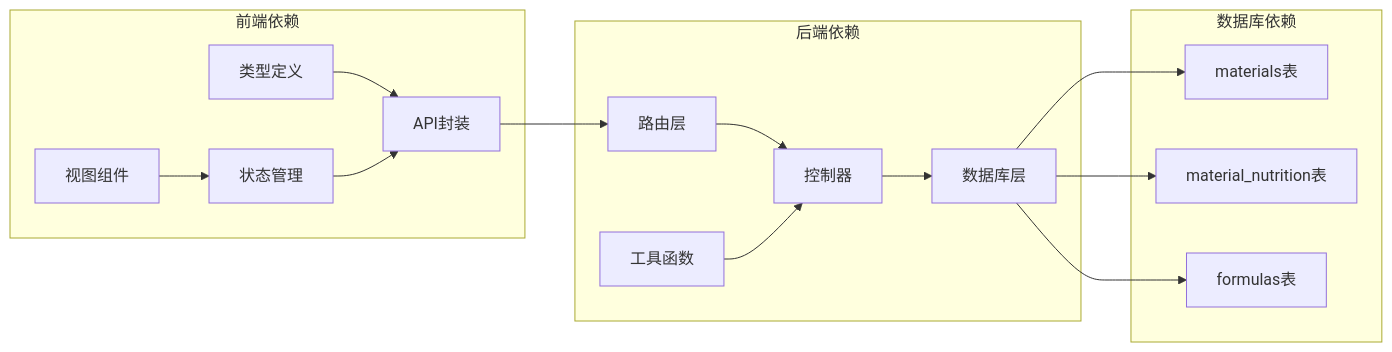
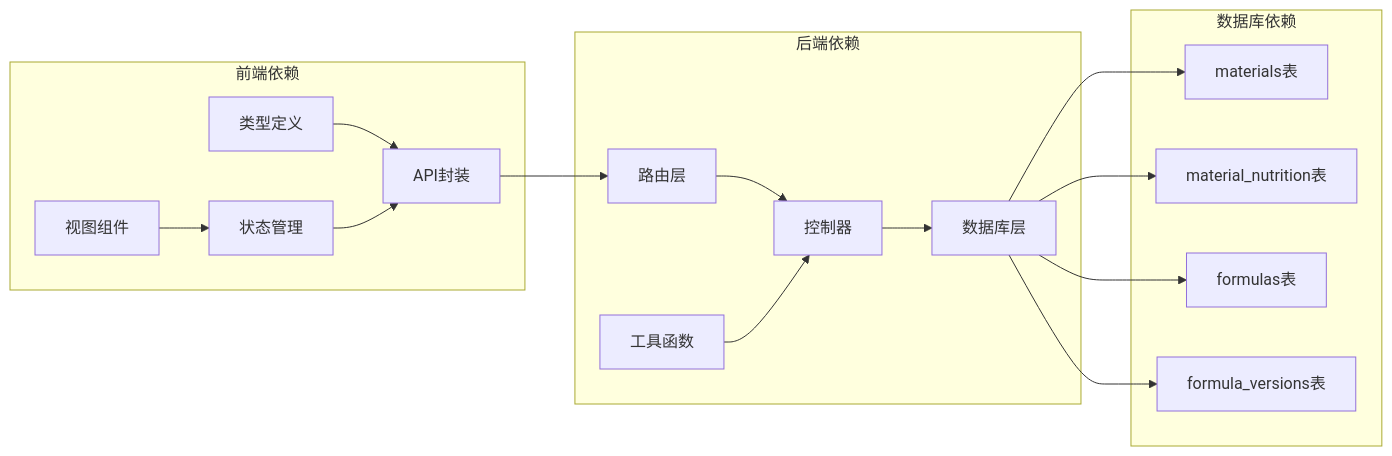
One commit to xpretycn/TingStudio changed the sixth of 8 diagrams in .qoder/repowiki/zh/content/数据库设计/表结构详解/原料表 (materials).md. Above: the diagram before and after it, drawn with Mermaid. The commit also changed other lines of this file and 26 other files, not shown here.

````diff
--- a/.qoder/repowiki/zh/content/数据库设计/表结构详解/原料表 (materials).md
+++ b/.qoder/repowiki/zh/content/数据库设计/表结构详解/原料表 (materials).md
@@ -317,30 +349,32 @@
 ```mermaid
 graph LR
 subgraph "前端依赖"
 FE_TYPES[类型定义]
 FE_API[API封装]
 FE_STORE[状态管理]
 FE_VIEW[视图组件]
 end
 subgraph "后端依赖"
 BE_ROUTE[路由层]
 BE_CTRL[控制器]
 BE_DB[数据库层]
 BE_UTIL[工具函数]
 end
 subgraph "数据库依赖"
 MAT_TABLE[materials表]
 NUT_TABLE[material_nutrition表]
 FORM_TABLE[formulas表]
+VERSION_TABLE[formula_versions表]
 end
 FE_TYPES --> FE_API
 FE_API --> BE_ROUTE
 BE_ROUTE --> BE_CTRL
 BE_CTRL --> BE_DB
 BE_DB --> MAT_TABLE
 BE_DB --> NUT_TABLE
 BE_DB --> FORM_TABLE
+BE_DB --> VERSION_TABLE
 FE_STORE --> FE_API
 FE_VIEW --> FE_STORE
 BE_UTIL --> BE_CTRL
 ```
````
